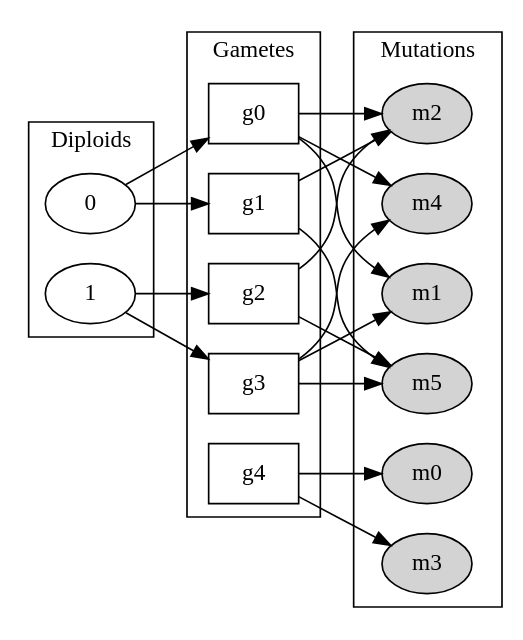
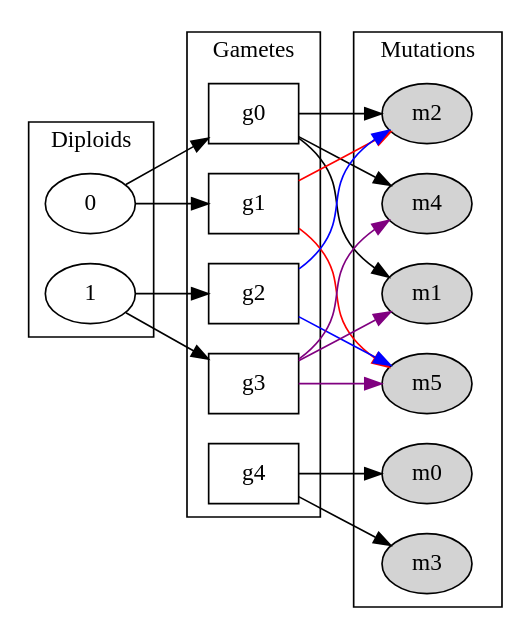
The diagram in figs/datastructures.dot (molpopgen/fwdpp_tsms), drawn with Graphviz before and after one commit.

Commit message:
edge colors help

```diff
--- a/figs/datastructures.dot
+++ b/figs/datastructures.dot
@@ -1,36 +1,36 @@
 digraph d {
     graph[rankdir=LR]
 
     subgraph cluster_diploids {
     node [shape=oval]
     0 
     1
     label="Diploids"
     }
 
     subgraph cluster_gametes {
     node [shape=box]
     g0
     g1
     g2
     g3
     g4
     label="Gametes"
     }
 
     0 -> {g0, g1}
     1 -> {g2, g3}
 
     subgraph cluster_mutations {
     node [style=filled]
     m0  m1 m2  m3  m4  m5
     label="Mutations"
     }
 
-    g0 -> {m1,m2,m4}
-    g1 -> {m2,m5}
-    g2 -> {m2,m2,m5}
-    g3 -> {m1,m4,m5}
+    g0 -> {m1,m2,m4} 
+    g1 -> {m2,m5} [color="red"]
+    g2 -> {m2,m2,m5} [color="blue"]
+    g3 -> {m1,m4,m5} [color="purple"]
     g4 -> {m0,m3}
 
 }
```
